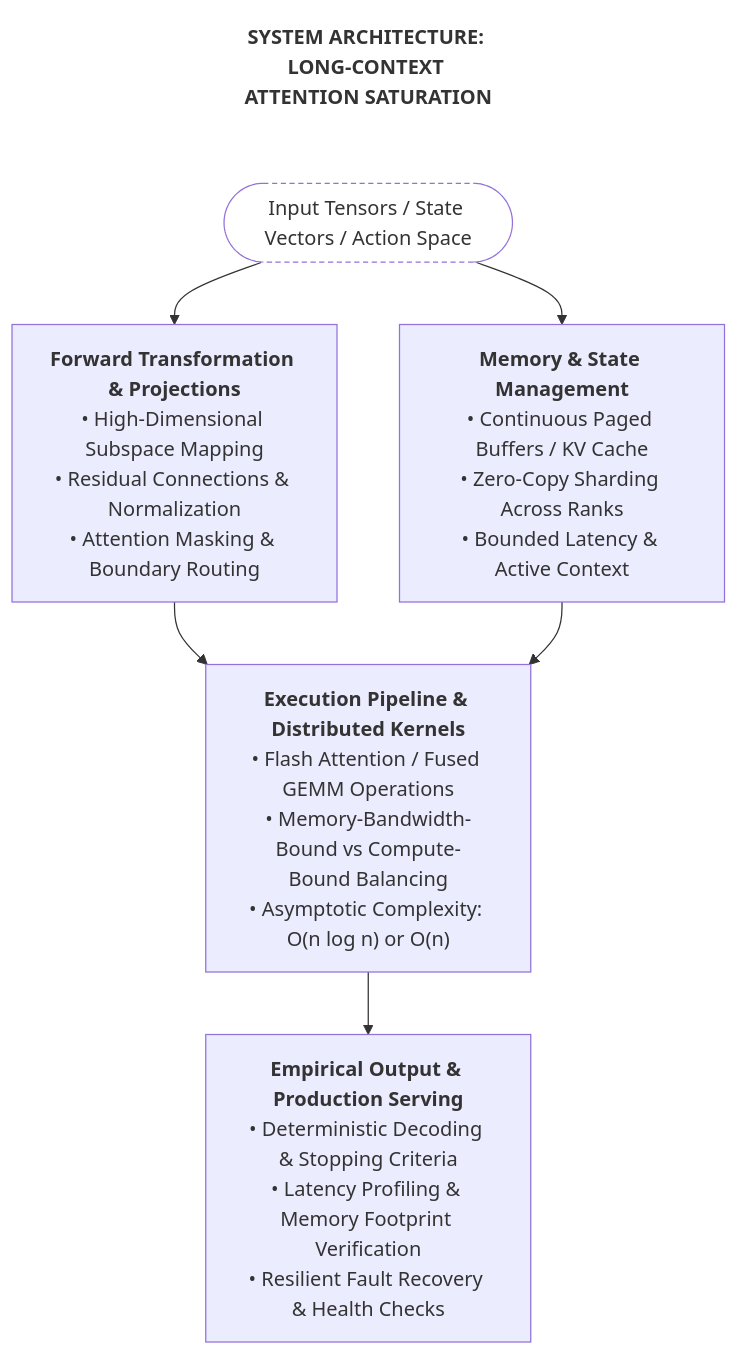
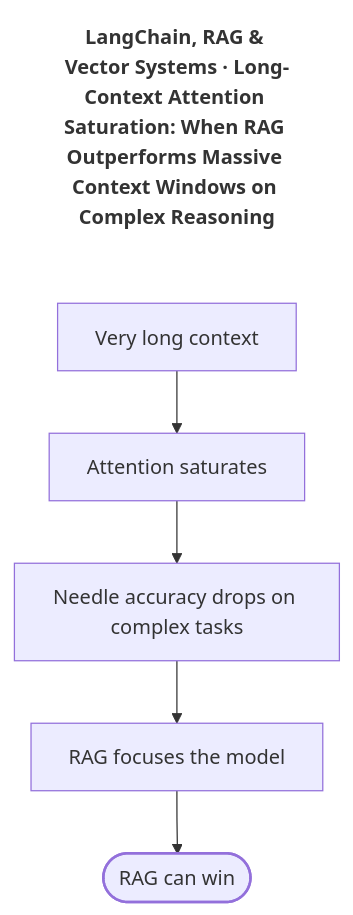
Before and after one commit to SahajIVVIX-1/blogs: the diagram in src/content/posts/2026/05/2026-05-20-lc-95-long-context-attention-saturation.md, drawn with Mermaid. The commit also changed 361 other files, not shown here.

Commit message:
content: study flowcharts phases 13-15 and 7.2; all 1,307 study posts now have unique Mermaid diagrams

````diff
--- a/src/content/posts/2026/05/2026-05-20-lc-95-long-context-attention-saturation.md
+++ b/src/content/posts/2026/05/2026-05-20-lc-95-long-context-attention-saturation.md
@@ -48,17 +48,19 @@
 ```mermaid
 flowchart TD
-    T(["SYSTEM ARCHITECTURE: LONG-CONTEXT ATTENTION SATURATION"]):::title
-    I(["Input Tensors / State Vectors / Action Space"]):::io
-    L["<b>Forward Transformation #amp; Projections</b><br/>• High-Dimensional Subspace Mapping<br/>• Residual Connections #amp; Normalization<br/>• Attention Masking #amp; Boundary Routing"]
-    R["<b>Memory #amp; State Management</b><br/>• Continuous Paged Buffers / KV Cache<br/>• Zero-Copy Sharding Across Ranks<br/>• Bounded Latency #amp; Active Context"]
-    E["<b>Execution Pipeline #amp; Distributed Kernels</b><br/>• Flash Attention / Fused GEMM Operations<br/>• Memory-Bandwidth-Bound vs Compute-Bound Balancing<br/>• Asymptotic Complexity: O(n log n) or O(n)"]
-    O["<b>Empirical Output #amp; Production Serving</b><br/>• Deterministic Decoding #amp; Stopping Criteria<br/>• Latency Profiling #amp; Memory Footprint Verification<br/>• Resilient Fault Recovery #amp; Health Checks"]
-    T ~~~ I
-    I --> L
-    I --> R
-    L --> E
-    R --> E
-    E --> O
+    T(["LangChain, RAG #amp; Vector Systems · Long-Context Attention Saturation: When RAG Outperforms Massive Context Windows on Complex Reasoning"]):::title
+    a["Very long context"]
+    b["Attention saturates"]
+    c["Needle accuracy drops on complex tasks"]
+    d["RAG focuses the model"]
+    e(["RAG can win"])
+    T ~~~ a
+    a --> b
+    b --> c
+    c --> d
+    d --> e
+    class e term
     classDef title fill:transparent,stroke:transparent,font-weight:700;
-    classDef io fill:transparent,stroke-dasharray:4 3;
+    classDef term stroke-width:2px;
+    classDef store stroke-dasharray:4 3;
+    classDef dec stroke-width:2px;
 ```
````
